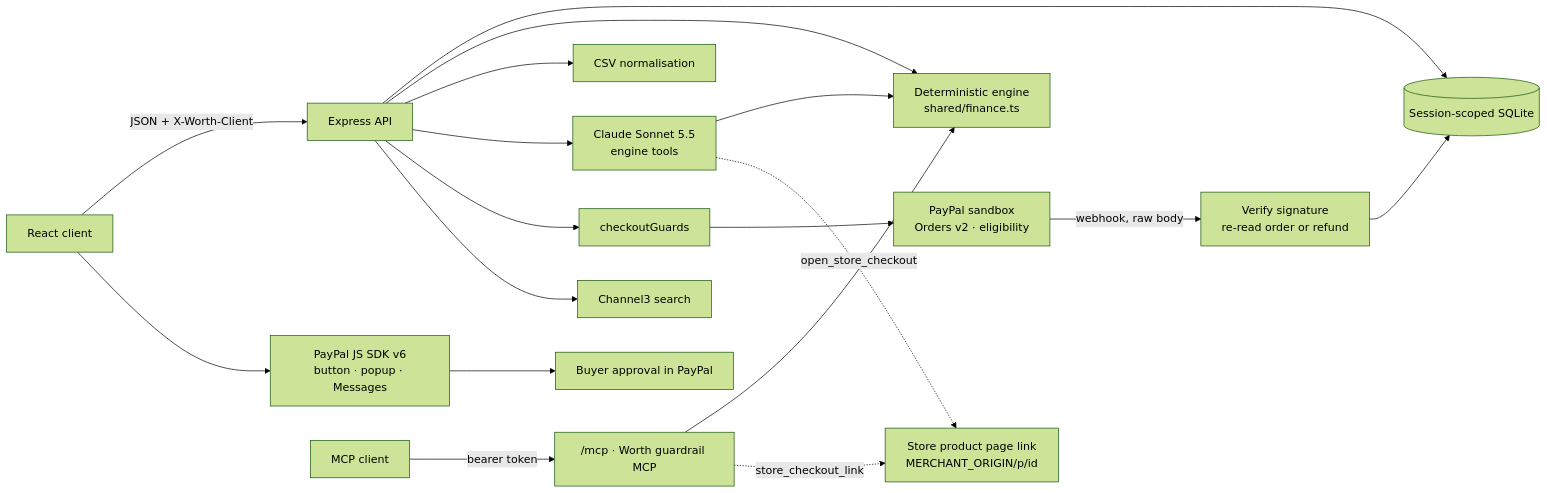
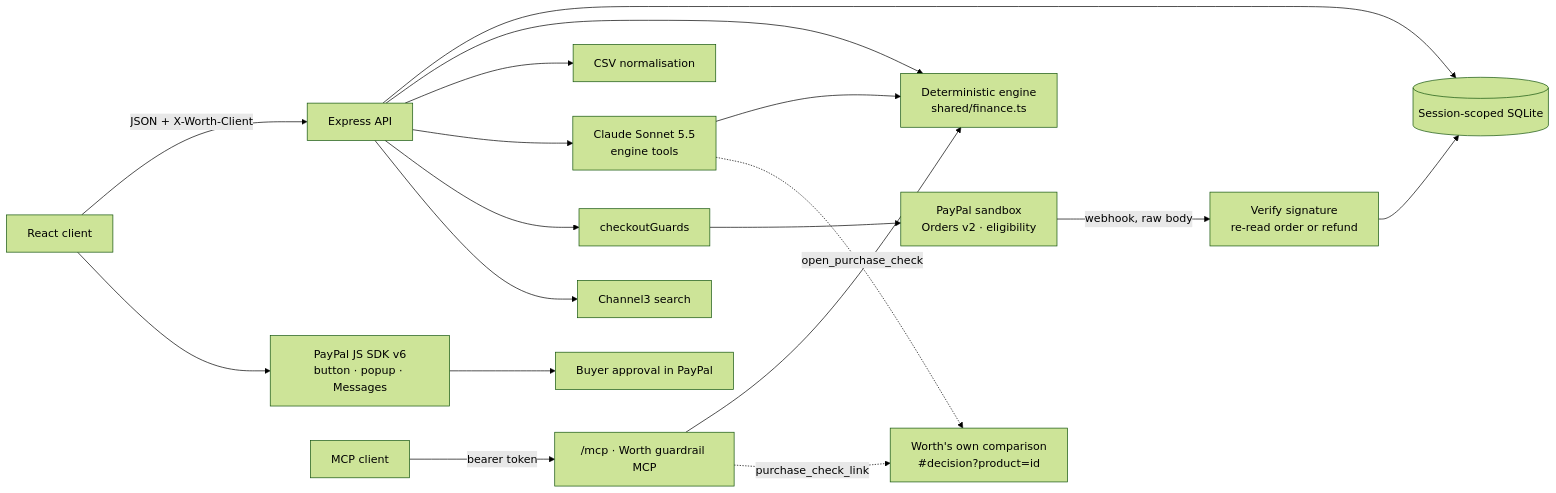
Before and after one commit to iAnmolAgarwal/worth: the first of 2 diagrams in docs/ARCHITECTURE.md, drawn with Mermaid (forest theme). The commit also changed other lines of this file and 3 other files, not shown here.

Commit message:
docs: present Worth as the shopper's agent; move the example store to its own section

````diff
--- a/docs/ARCHITECTURE.md
+++ b/docs/ARCHITECTURE.md
@@ -13,20 +13,20 @@
 ```mermaid
 flowchart LR
   UI[React client] -->|JSON + X-Worth-Client| API[Express API]
   API --> Store[(Session-scoped SQLite)]
   API --> Engine[Deterministic engine<br/>shared/finance.ts]
   API --> Import[CSV normalisation]
   API --> Claude[Claude Sonnet 5.5<br/>engine tools]
   Claude --> Engine
-  Claude -.open_store_checkout.-> StoreLink[Store product page link<br/>MERCHANT_ORIGIN/p/id]
+  Claude -.open_purchase_check.-> CheckLink[Worth's own comparison<br/>#decision?product=id]
   API --> Guards[checkoutGuards]
   Guards --> PayPal[PayPal sandbox<br/>Orders v2 · eligibility]
   API --> Channel3[Channel3 search]
   UI --> SDK[PayPal JS SDK v6<br/>button · popup · Messages]
   SDK --> Approval[Buyer approval in PayPal]
   PayPal -->|webhook, raw body| Webhook[Verify signature<br/>re-read order or refund]
   Webhook --> Store
   Agent[MCP client] -->|bearer token| MCP["/mcp · Worth guardrail MCP"]
   MCP --> Engine
-  MCP -.store_checkout_link.-> StoreLink
+  MCP -.purchase_check_link.-> CheckLink
 ```
````
